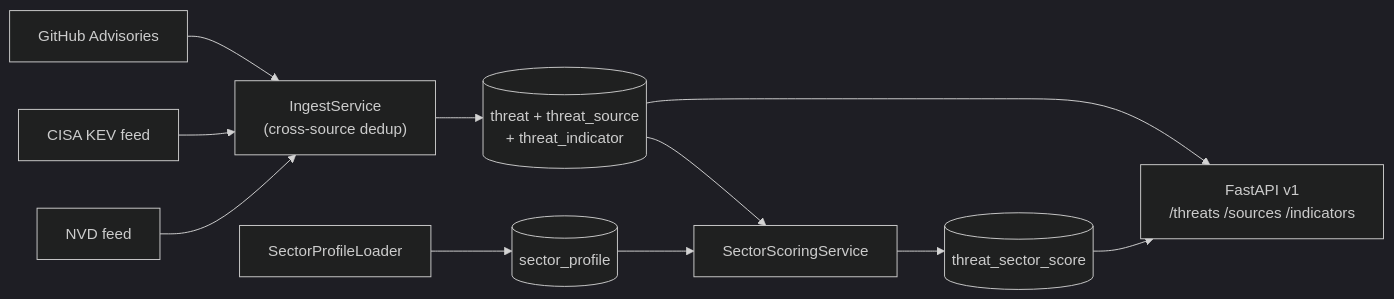
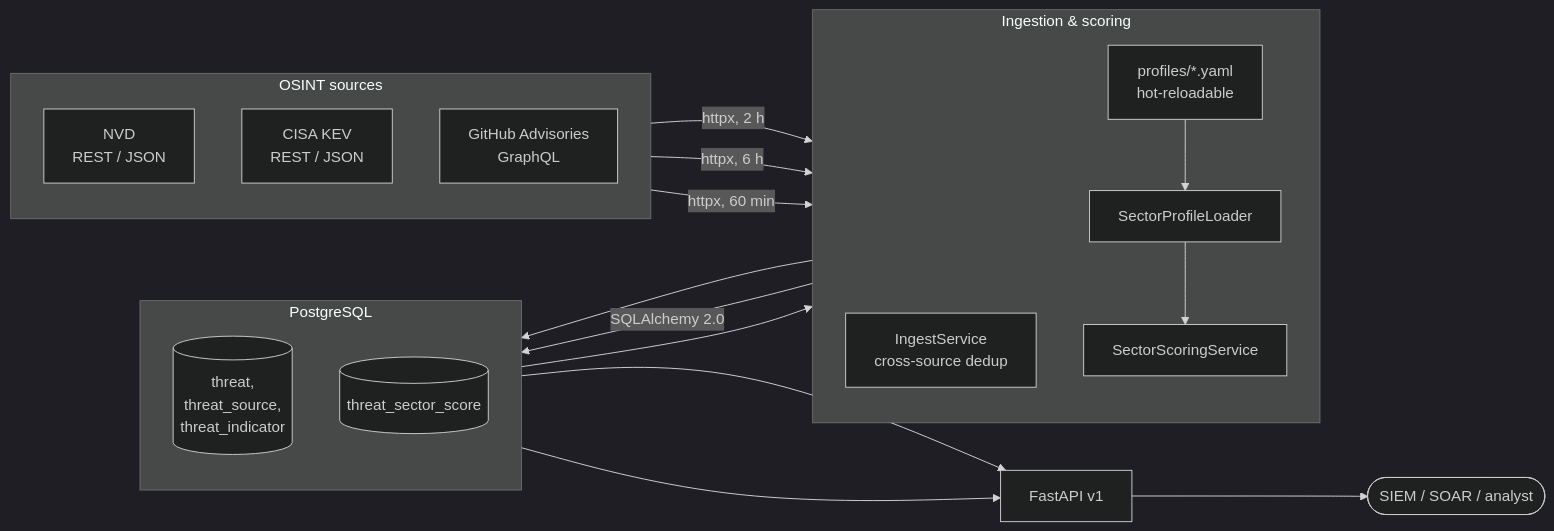
Before and after one commit to Setounkpe7/threat-intel-api: the diagram in README.md, drawn with Mermaid (dark theme). The commit also changed other lines of this file, not shown here.

````diff
--- a/README.md
+++ b/README.md
@@ -132,13 +113,38 @@
 ```mermaid
 flowchart LR
-    NVD[NVD feed] --> Ingest
-    KEV[CISA KEV feed] --> Ingest
-    GHSA[GitHub Advisories] --> Ingest
-    Ingest["IngestService<br/>(cross-source dedup)"] --> Threat[(threat + threat_source<br/>+ threat_indicator)]
-    Threat --> ScoringJob[SectorScoringService]
-    ProfileLoader[SectorProfileLoader] --> Profiles[(sector_profile)]
-    Profiles --> ScoringJob
-    ScoringJob --> Scores[(threat_sector_score)]
-    Scores --> API[FastAPI v1<br/>/threats /sources /indicators]
-    Threat --> API
+    subgraph Sources["OSINT sources"]
+        direction TB
+        NVD["NVD<br/>REST / JSON"]
+        KEV["CISA KEV<br/>REST / JSON"]
+        GHSA["GitHub Advisories<br/>GraphQL"]
+    end
+
+    subgraph Pipeline["Ingestion &amp; scoring"]
+        direction TB
+        Ingest["IngestService<br/>cross-source dedup"]
+        YAML["profiles/*.yaml<br/>hot-reloadable"]
+        Loader["SectorProfileLoader"]
+        Scoring["SectorScoringService"]
+    end
+
+    subgraph Storage["PostgreSQL"]
+        direction TB
+        DB[("threat,<br/>threat_source,<br/>threat_indicator")]
+        Scores[("threat_sector_score")]
+    end
+
+    API["FastAPI v1"]
+    Consumers(["SIEM / SOAR / analyst"])
+
+    NVD -->|"httpx, 60 min"| Ingest
+    KEV -->|"httpx, 6 h"| Ingest
+    GHSA -->|"httpx, 2 h"| Ingest
+    Ingest -->|"SQLAlchemy 2.0"| DB
+    YAML --> Loader
+    Loader --> Scoring
+    DB --> Scoring
+    Scoring --> Scores
+    DB --> API
+    Scores --> API
+    API --> Consumers
 ```
````
